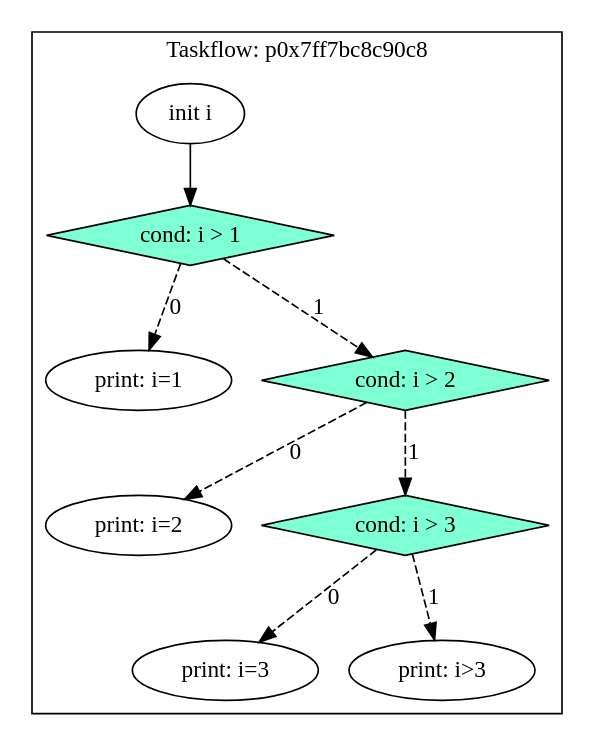
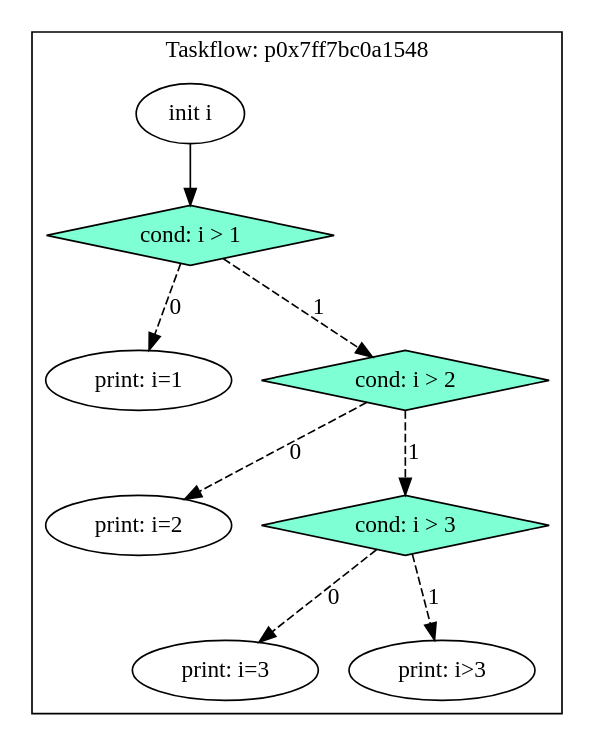
One commit to xuexcy/learning_taskflow changed the diagram in task_graph/nested_if_else.dot. Above: the diagram before and after it, drawn with Graphviz. The commit also changed 55 other files, not shown here.

```diff
--- a/task_graph/nested_if_else.dot
+++ b/task_graph/nested_if_else.dot
@@ -1,20 +1,20 @@
 digraph Taskflow {
-subgraph cluster_p0x7ff7bc8c9128 {
-label="Taskflow: p0x7ff7bc8c90c8";
-p0x7f8f12065d10[label="init i" ];
-p0x7f8f12065d10 -> p0x7f8f12065e20;
-p0x7f8f12065e20[label="cond: i > 1" shape=diamond color=black fillcolor=aquamarine style=filled];
-p0x7f8f12065e20 -> p0x7f8f12065c00 [style=dashed label="0"];
-p0x7f8f12065e20 -> p0x7f8f120659e0 [style=dashed label="1"];
-p0x7f8f120659e0[label="cond: i > 2" shape=diamond color=black fillcolor=aquamarine style=filled];
-p0x7f8f120659e0 -> p0x7f8f120658d0 [style=dashed label="0"];
-p0x7f8f120659e0 -> p0x7f8f12065af0 [style=dashed label="1"];
-p0x7f8f12065af0[label="cond: i > 3" shape=diamond color=black fillcolor=aquamarine style=filled];
-p0x7f8f12065af0 -> p0x7f8f120657c0 [style=dashed label="0"];
-p0x7f8f12065af0 -> p0x7f8f120656b0 [style=dashed label="1"];
-p0x7f8f12065c00[label="print: i=1" ];
-p0x7f8f120658d0[label="print: i=2" ];
-p0x7f8f120657c0[label="print: i=3" ];
-p0x7f8f120656b0[label="print: i>3" ];
+subgraph cluster_p0x7ff7bc0a15a8 {
+label="Taskflow: p0x7ff7bc0a1548";
+p0x7fb9e0961b30[label="init i" ];
+p0x7fb9e0961b30 -> p0x7fb9e0961c40;
+p0x7fb9e0961c40[label="cond: i > 1" shape=diamond color=black fillcolor=aquamarine style=filled];
+p0x7fb9e0961c40 -> p0x7fb9e0965c00 [style=dashed label="0"];
+p0x7fb9e0961c40 -> p0x7fb9e0961d50 [style=dashed label="1"];
+p0x7fb9e0961d50[label="cond: i > 2" shape=diamond color=black fillcolor=aquamarine style=filled];
+p0x7fb9e0961d50 -> p0x7fb9e0961f70 [style=dashed label="0"];
+p0x7fb9e0961d50 -> p0x7fb9e0961e60 [style=dashed label="1"];
+p0x7fb9e0961e60[label="cond: i > 3" shape=diamond color=black fillcolor=aquamarine style=filled];
+p0x7fb9e0961e60 -> p0x7fb9e0965e20 [style=dashed label="0"];
+p0x7fb9e0961e60 -> p0x7fb9e09659e0 [style=dashed label="1"];
+p0x7fb9e0965c00[label="print: i=1" ];
+p0x7fb9e0961f70[label="print: i=2" ];
+p0x7fb9e0965e20[label="print: i=3" ];
+p0x7fb9e09659e0[label="print: i>3" ];
 }
 }
```
